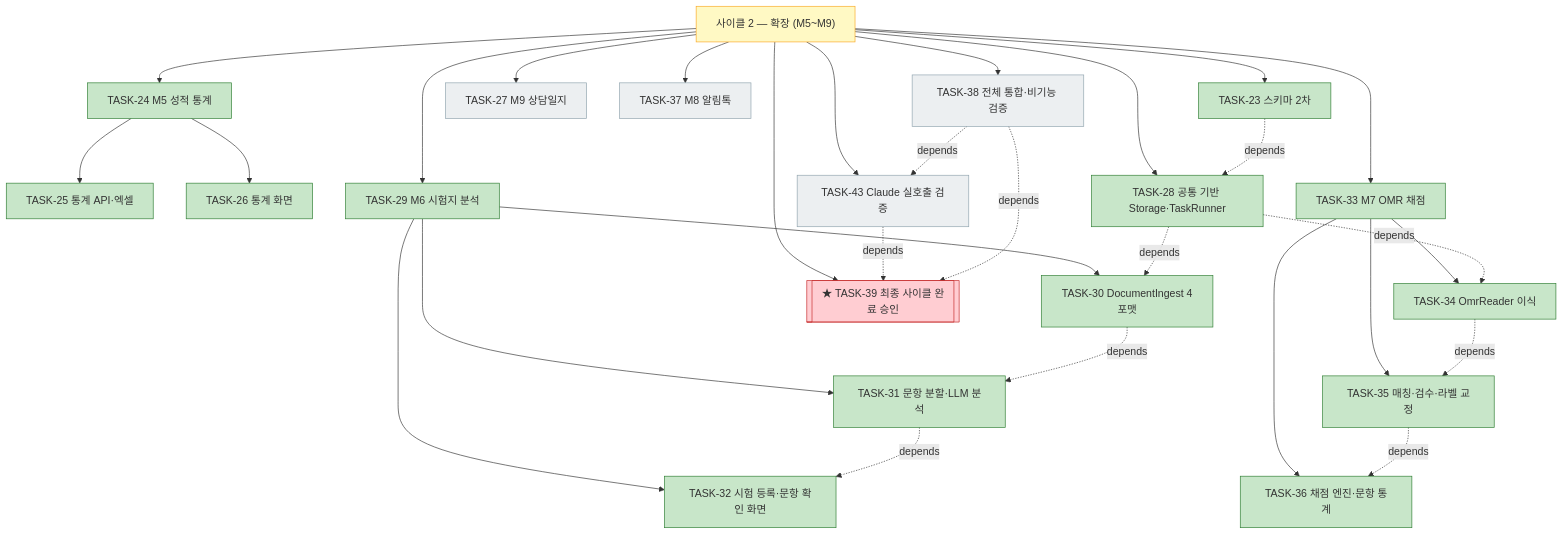
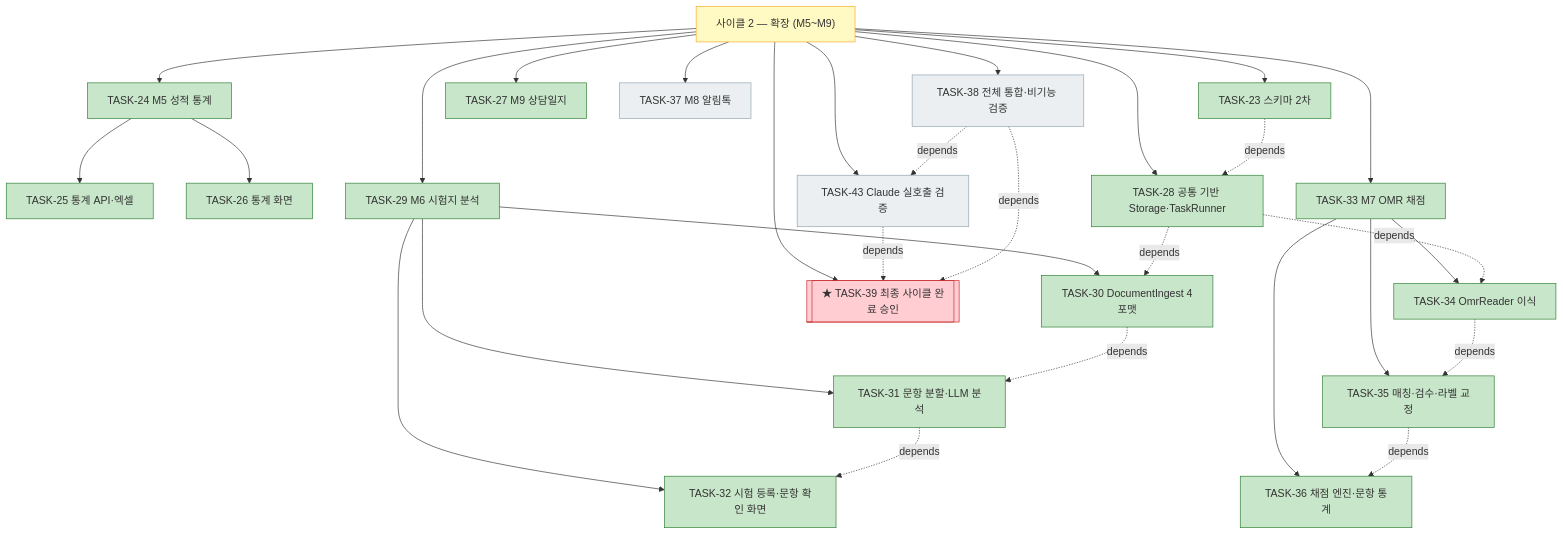
The third of 4 diagrams in docs/plan.md (bluesky5008/mathdesk), drawn with Mermaid before and after one commit. The commit also changed other lines of this file and 10 other files, not shown here.

First line of the commit message:
feat: TASK-27 M9 상담일지

````diff
--- a/docs/plan.md
+++ b/docs/plan.md
@@ -184,36 +184,36 @@
 ```mermaid
 flowchart TD
     C2["사이클 2 — 확장 (M5~M9)"]:::active
     C2 --> T23["TASK-23 스키마 2차"]:::done
     C2 --> T24["TASK-24 M5 성적 통계"]:::done
     T24 --> T25["TASK-25 통계 API·엑셀"]:::done
     T24 --> T26["TASK-26 통계 화면"]:::done
-    C2 --> T27["TASK-27 M9 상담일지"]:::todo
+    C2 --> T27["TASK-27 M9 상담일지"]:::done
     C2 --> T28["TASK-28 공통 기반 Storage·TaskRunner"]:::done
     C2 --> T29["TASK-29 M6 시험지 분석"]:::done
     T29 --> T30["TASK-30 DocumentIngest 4포맷"]:::done
     T29 --> T31["TASK-31 문항 분할·LLM 분석"]:::done
     T29 --> T32["TASK-32 시험 등록·문항 확인 화면"]:::done
     C2 --> T33["TASK-33 M7 OMR 채점"]:::done
     T33 --> T34["TASK-34 OmrReader 이식"]:::done
     T33 --> T35["TASK-35 매칭·검수·라벨 교정"]:::done
     T33 --> T36["TASK-36 채점 엔진·문항 통계"]:::done
     C2 --> T37["TASK-37 M8 알림톡"]:::todo
     C2 --> T38["TASK-38 전체 통합·비기능 검증"]:::todo
     C2 --> T43["TASK-43 Claude 실호출 검증"]:::todo
     C2 --> T39[["★ TASK-39 최종 사이클 완료 승인"]]:::gate
     T23 -. depends .-> T28
     T28 -. depends .-> T30
     T30 -. depends .-> T31
     T31 -. depends .-> T32
     T28 -. depends .-> T34
     T34 -. depends .-> T35
     T35 -. depends .-> T36
     T38 -. depends .-> T43
     T43 -. depends .-> T39
     T38 -. depends .-> T39
     classDef done fill:#c8e6c9,stroke:#2e7d32
     classDef active fill:#fff9c4,stroke:#f9a825
     classDef todo fill:#eceff1,stroke:#90a4ae
     classDef gate fill:#ffcdd2,stroke:#c62828
 ```
````
